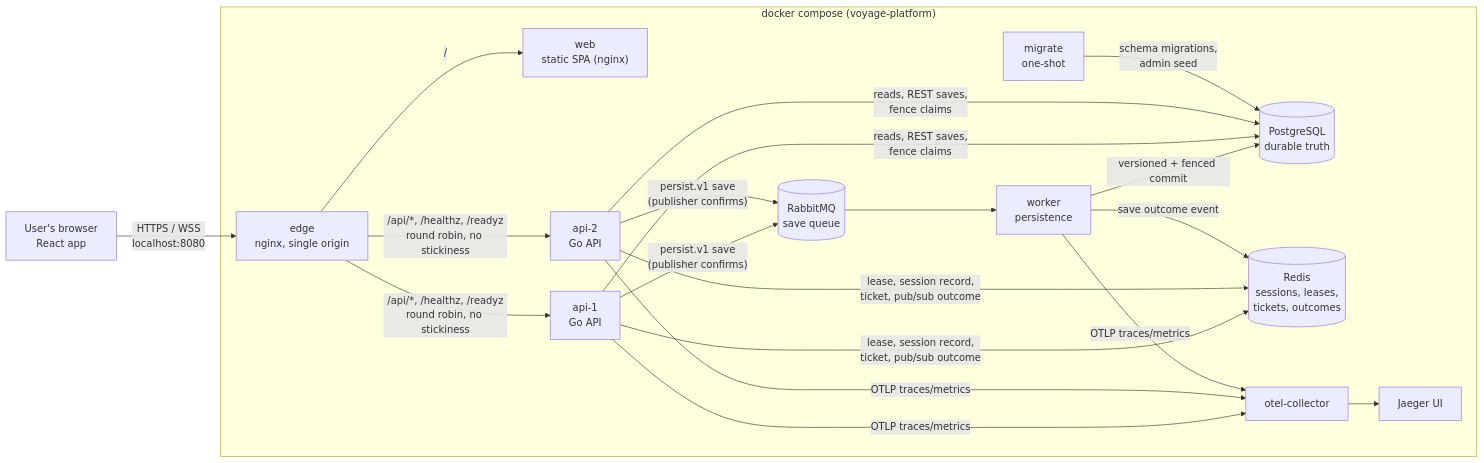
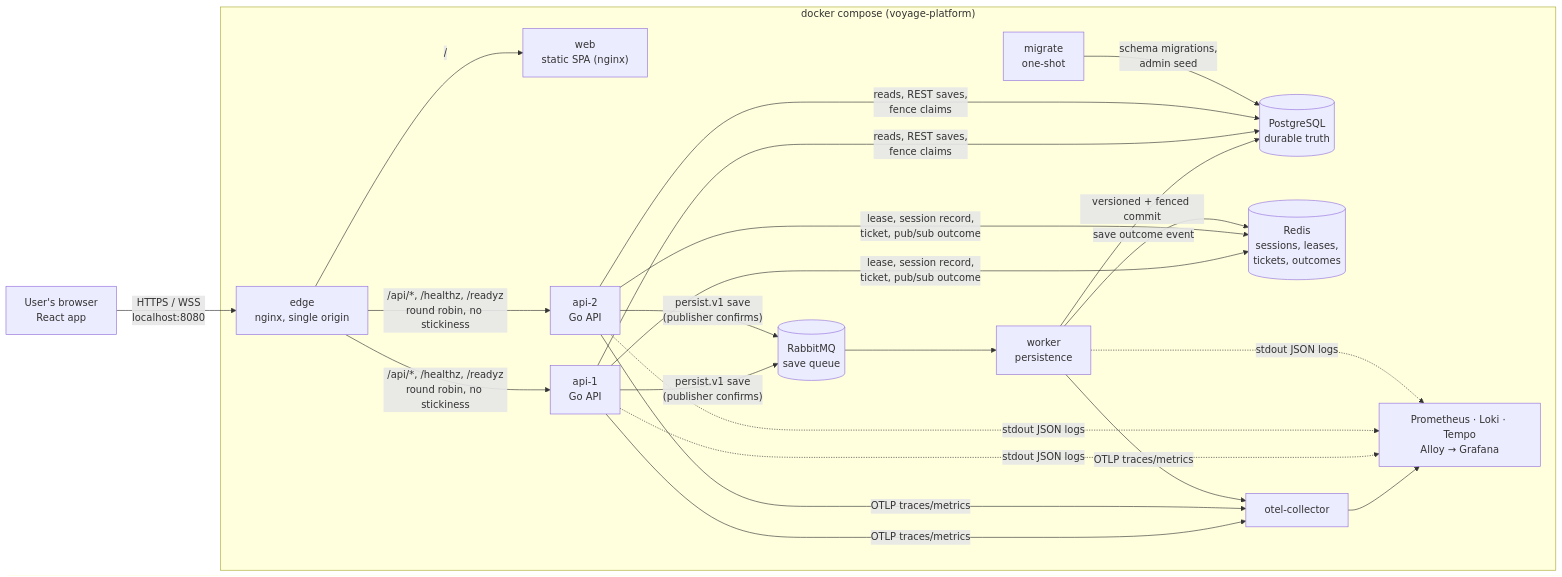
The first of 10 diagrams in ARCHITECTURE.md (Animesh-na/NM-Deploy), drawn with Mermaid before and after one commit. The commit also changed other lines of this file and 13 other files, not shown here.

First line of the commit message:
feat(observability): Grafana with Prometheus, Loki and Tempo

````diff
--- a/ARCHITECTURE.md
+++ b/ARCHITECTURE.md
@@ -29,29 +29,30 @@
 ```mermaid
 flowchart LR
   U["User's browser<br/>React app"] -- "HTTPS / WSS<br/>localhost:8080" --> E
 
   subgraph stack["docker compose (voyage-platform)"]
     E["edge<br/>nginx, single origin"]
     WEB["web<br/>static SPA (nginx)"]
     A1["api-1<br/>Go API"]
     A2["api-2<br/>Go API"]
     WK["worker<br/>persistence"]
     MG["migrate<br/>one-shot"]
     PG[("PostgreSQL<br/>durable truth")]
     RD[("Redis<br/>sessions, leases,<br/>tickets, outcomes")]
     MQ[("RabbitMQ<br/>save queue")]
     OT["otel-collector"]
-    JG["Jaeger UI"]
+    OBS["Prometheus · Loki · Tempo<br/>Alloy → Grafana"]
   end
 
   E -- "/" --> WEB
   E -- "/api/*, /healthz, /readyz<br/>round robin, no stickiness" --> A1 & A2
   A1 & A2 -- "lease, session record,<br/>ticket, pub/sub outcome" --> RD
   A1 & A2 -- "persist.v1 save<br/>(publisher confirms)" --> MQ
   MQ --> WK
   WK -- "versioned + fenced commit" --> PG
   WK -- "save outcome event" --> RD
   A1 & A2 -- "reads, REST saves,<br/>fence claims" --> PG
   MG -- "schema migrations,<br/>admin seed" --> PG
-  A1 & A2 & WK -- "OTLP traces/metrics" --> OT --> JG
+  A1 & A2 & WK -- "OTLP traces/metrics" --> OT --> OBS
+  A1 & A2 & WK -. "stdout JSON logs" .-> OBS
 ```
````
